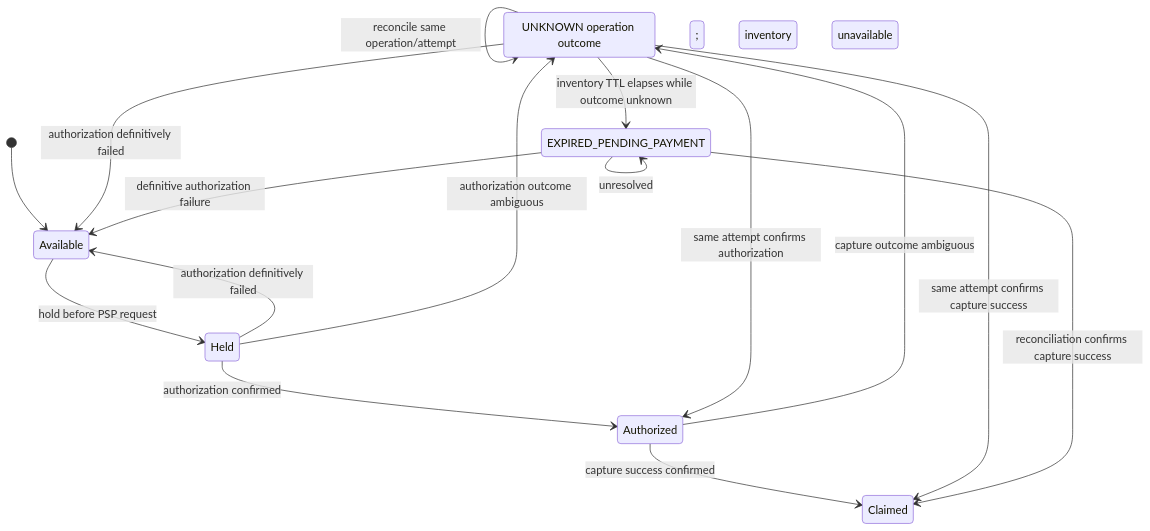
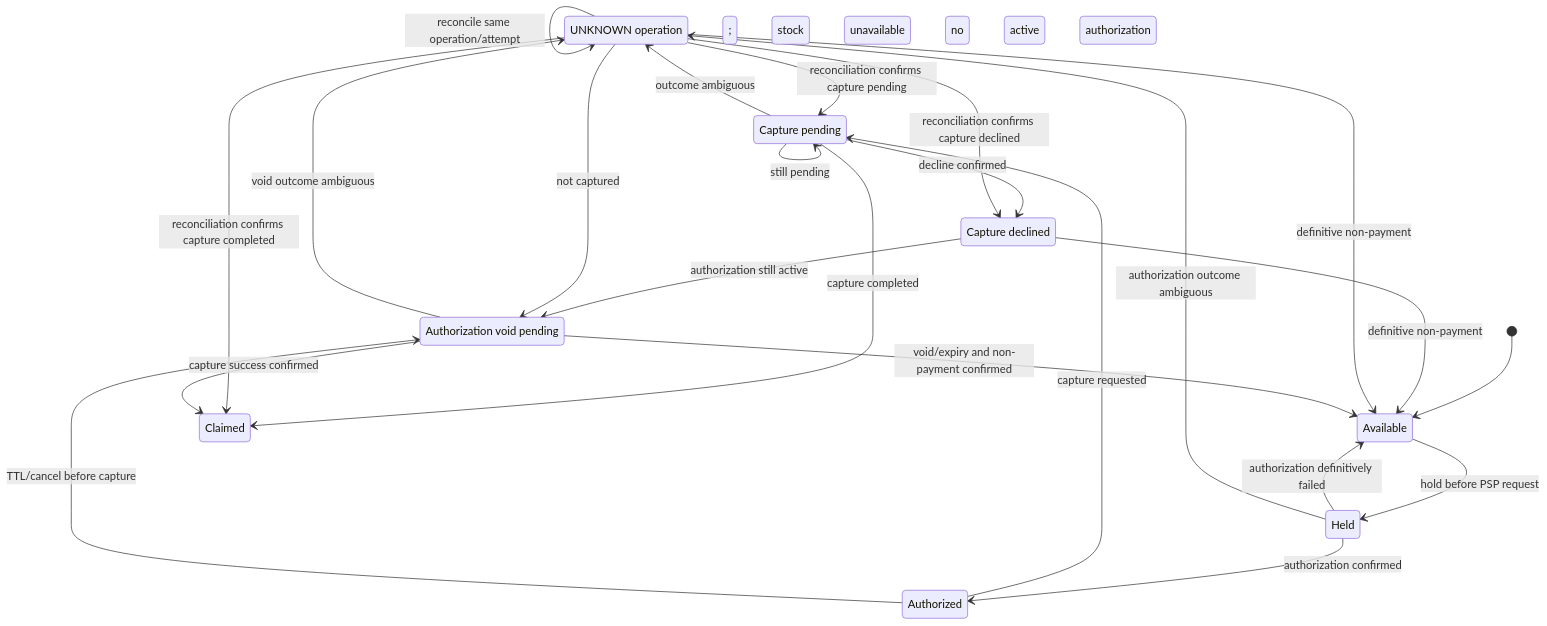
Before and after one commit to Neo1228/ATLAS: the second of 2 diagrams in docs/03-domain/business-rules.md, drawn with Mermaid. The commit also changed other lines of this file and 11 other files, not shown here.

Commit message:
docs(payment): TTL 복구 경계 반영 (#43)

````diff
--- a/docs/03-domain/business-rules.md
+++ b/docs/03-domain/business-rules.md
@@ -65,20 +66,29 @@
 ```mermaid
 stateDiagram-v2
-    state "UNKNOWN operation outcome" as Unknown
-    state "EXPIRED_PENDING_PAYMENT" as ExpiredPending
+    state "UNKNOWN operation" as Unknown
+    state "Capture pending" as CapturePending
+    state "Capture declined" as CaptureDeclined
+    state "Authorization void pending" as VoidPending
     [*] --> Available
     Available --> Held: hold before PSP request
     Held --> Authorized: authorization confirmed
     Held --> Available: authorization definitively failed
     Held --> Unknown: authorization outcome ambiguous
-    Authorized --> Claimed: capture success confirmed
-    Authorized --> Unknown: capture outcome ambiguous
-    Unknown --> Authorized: same attempt confirms authorization
-    Unknown --> Claimed: same attempt confirms capture success
-    Unknown --> Available: authorization definitively failed
+    Authorized --> CapturePending: capture requested
+    Authorized --> VoidPending: TTL/cancel before capture
+    CapturePending --> Claimed: capture completed
+    CapturePending --> CaptureDeclined: decline confirmed
+    CapturePending --> Unknown: outcome ambiguous
+    CapturePending --> CapturePending: still pending; stock unavailable
+    CaptureDeclined --> VoidPending: authorization still active
+    CaptureDeclined --> Available: definitive non-payment; no active authorization
+    Unknown --> Claimed: reconciliation confirms capture completed
+    Unknown --> CapturePending: reconciliation confirms capture pending
+    Unknown --> CaptureDeclined: reconciliation confirms capture declined
+    Unknown --> VoidPending: not captured; authorization active
+    Unknown --> Available: definitive non-payment; no active authorization
     Unknown --> Unknown: reconcile same operation/attempt
-    Unknown --> ExpiredPending: inventory TTL elapses while outcome unknown
-    ExpiredPending --> Claimed: reconciliation confirms capture success
-    ExpiredPending --> Available: definitive authorization failure
-    ExpiredPending --> ExpiredPending: unresolved; inventory unavailable
+    VoidPending --> Available: void/expiry and non-payment confirmed
+    VoidPending --> Claimed: capture success confirmed
+    VoidPending --> Unknown: void outcome ambiguous
 ```
````
